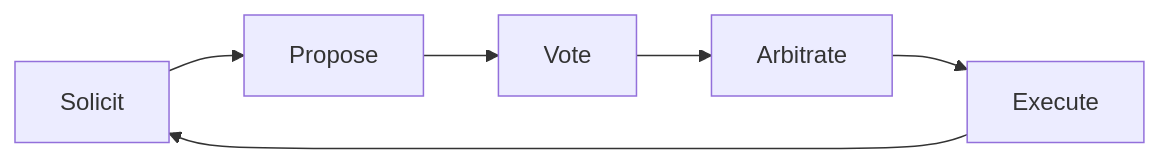
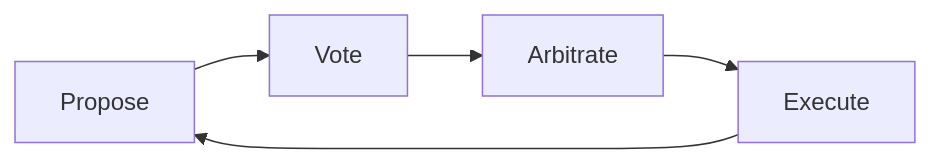
The diagram in website/docs/intro.md (eloquentanalytics/dialai), drawn with Mermaid before and after one commit. The commit also changed other lines of this file and 46 other files, not shown here.

````diff
--- a/website/docs/intro.md
+++ b/website/docs/intro.md
@@ -64,8 +62,7 @@
 ```mermaid
 graph LR
-    A[Solicit] --> B[Propose]
-    B --> C[Vote]
-    C --> D[Arbitrate]
-    D --> E[Execute]
-    E --> A
+    A[Propose] --> B[Vote]
+    B --> C[Arbitrate]
+    C --> D[Execute]
+    D --> A
 ```
````
